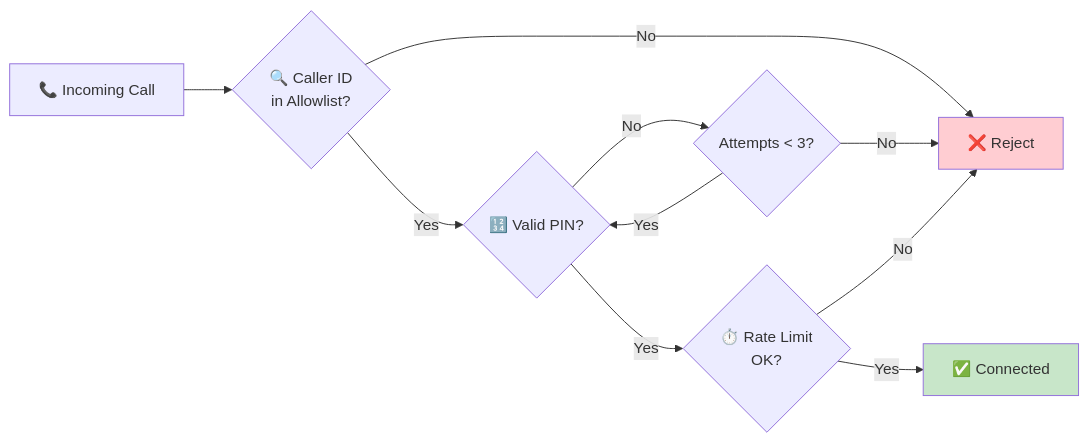
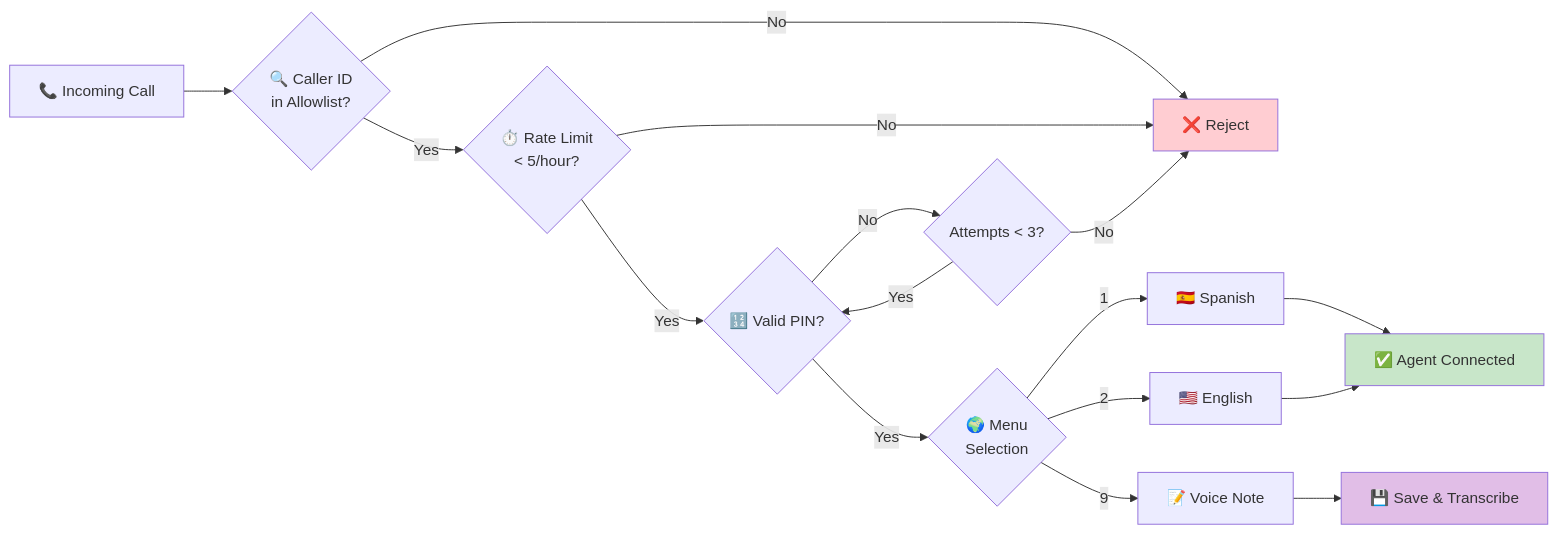
Before and after one commit to CodaLabs-xyz/openclaw-twilio-voice-skill: the third of 4 diagrams in README.md, drawn with Mermaid. The commit also changed other lines of this file, not shown here.

First line of the commit message:
docs: update mermaid diagrams to reflect current architecture

````diff
--- a/README.md
+++ b/README.md
@@ -114,15 +141,22 @@
 ```mermaid
 graph LR
     A["📞 Incoming Call"] --> B{"🔍 Caller ID<br/>in Allowlist?"}
     B -->|No| C["❌ Reject"]
-    B -->|Yes| D{"🔢 Valid PIN?"}
+    B -->|Yes| R{"⏱️ Rate Limit<br/>< 5/hour?"}
+    R -->|No| C
+    R -->|Yes| D{"🔢 Valid PIN?"}
     D -->|No| E{"Attempts < 3?"}
     E -->|Yes| D
     E -->|No| C
-    D -->|Yes| F{"⏱️ Rate Limit<br/>OK?"}
-    F -->|No| C
-    F -->|Yes| G["✅ Connected"]
+    D -->|Yes| M{"🌍 Menu<br/>Selection"}
+    M -->|1| ES["🇪🇸 Spanish"]
+    M -->|2| EN["🇺🇸 English"]
+    M -->|9| VN["📝 Voice Note"]
+    ES --> G["✅ Agent Connected"]
+    EN --> G
+    VN --> S["💾 Save & Transcribe"]
     
     style C fill:#ffcdd2
     style G fill:#c8e6c9
+    style S fill:#e1bee7
 ```
````
